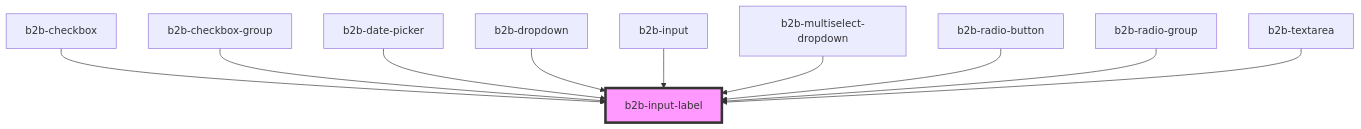
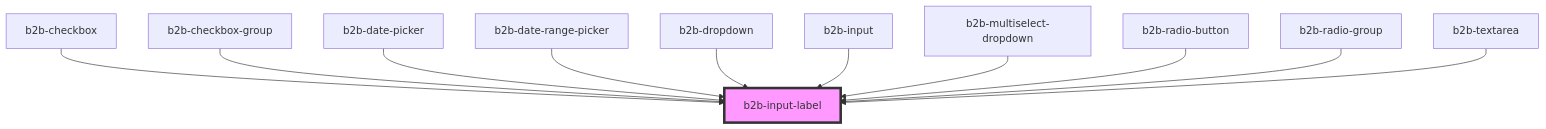
One commit to otto-de/b2b-design-system changed the diagram in packages/core-components/src/components/input-label/readme.md. Above: the diagram before and after it, drawn with Mermaid. The commit also changed other lines of this file and 26 other files, not shown here.

Commit message:
feat(date-range-picker): add date-range-picker

````diff
--- a/packages/core-components/src/components/input-label/readme.md
+++ b/packages/core-components/src/components/input-label/readme.md
@@ -31,13 +32,14 @@
 ```mermaid
 graph TD;
   b2b-checkbox --> b2b-input-label
   b2b-checkbox-group --> b2b-input-label
   b2b-date-picker --> b2b-input-label
+  b2b-date-range-picker --> b2b-input-label
   b2b-dropdown --> b2b-input-label
   b2b-input --> b2b-input-label
   b2b-multiselect-dropdown --> b2b-input-label
   b2b-radio-button --> b2b-input-label
   b2b-radio-group --> b2b-input-label
   b2b-textarea --> b2b-input-label
   style b2b-input-label fill:#f9f,stroke:#333,stroke-width:4px
 ```
````
